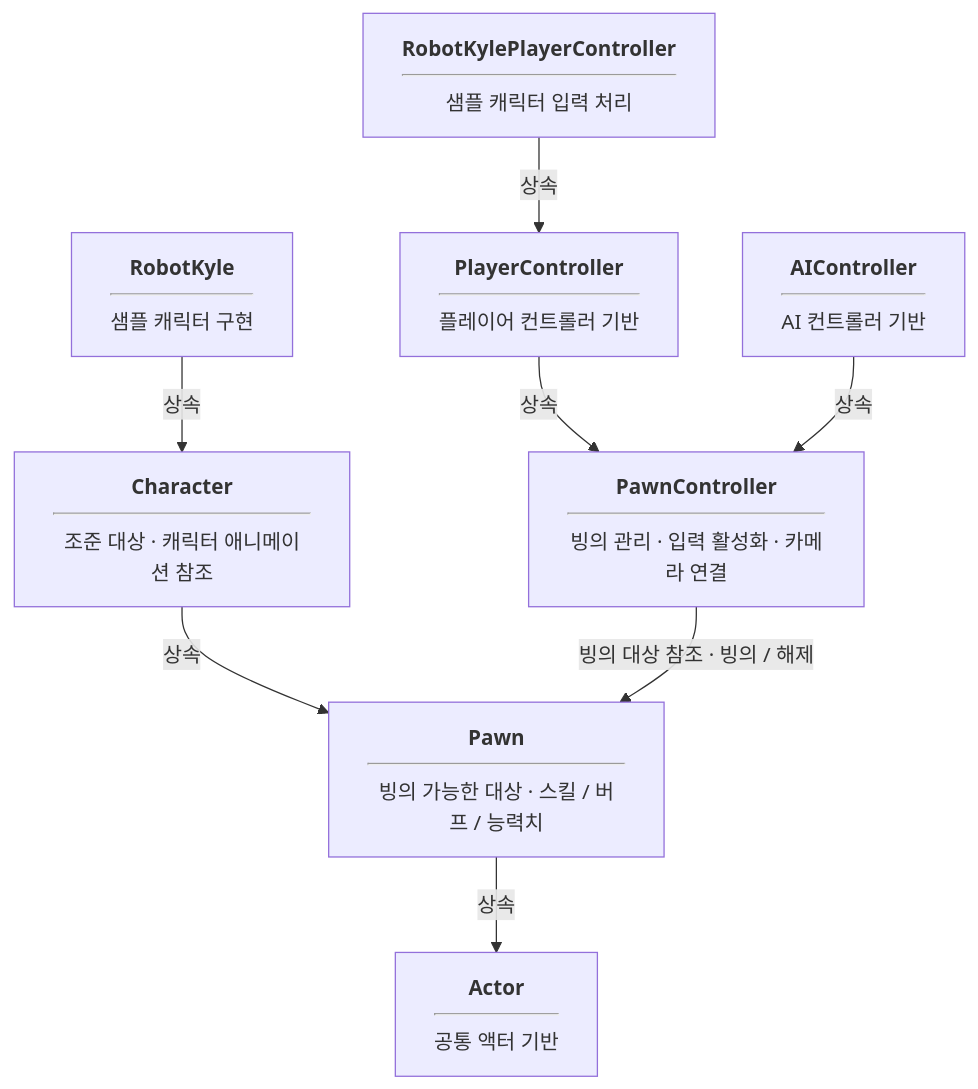
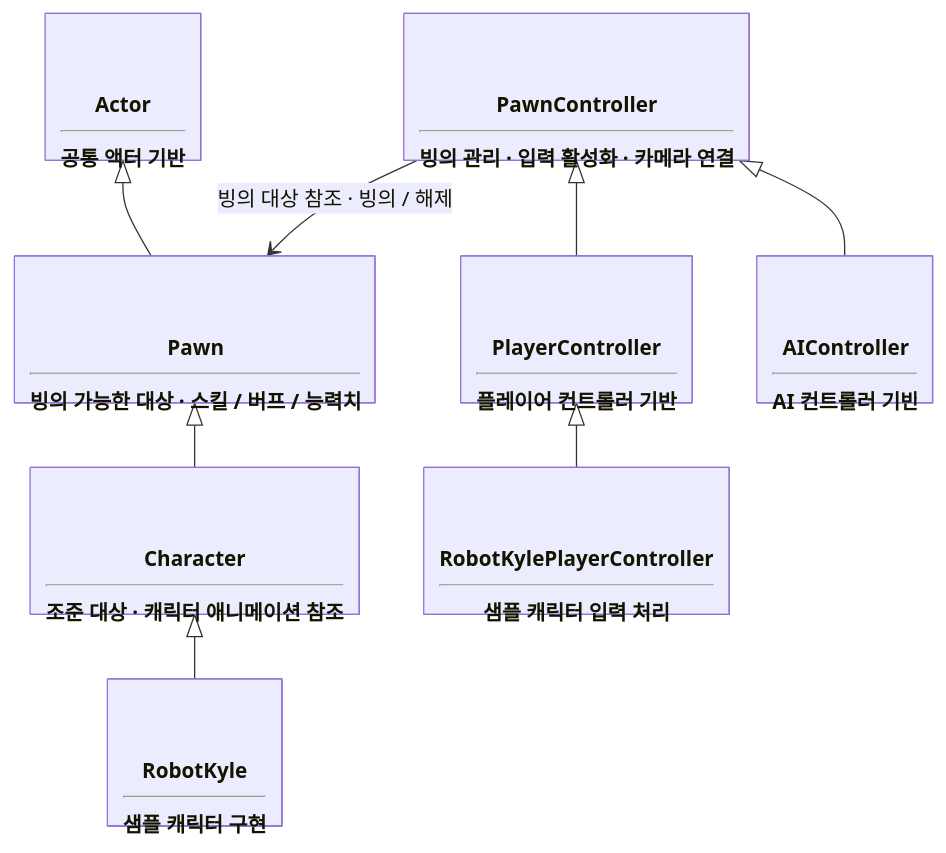
One commit to MDJ0126/FrameworkForUnity changed the diagram in README.md. Above: the diagram before and after it, drawn with Mermaid. The commit also changed other lines of this file, not shown here.

Commit message:
수정

````diff
--- a/README.md
+++ b/README.md
@@ -34,18 +34,24 @@
 ```mermaid
-flowchart TB
-    Pawn -->|상속| Actor
-    Character -->|상속| Pawn
-    RobotKyle -->|상속| Character
-    PlayerController -->|상속| PawnController
-    AIController -->|상속| PawnController
-    RobotKylePlayerController -->|상속| PlayerController
-    PawnController -->|빙의 대상 참조 · 빙의 / 해제| Pawn
-    Actor["<b>Actor</b><hr/>공통 액터 기반"]
-    Pawn["<b>Pawn</b><hr/>빙의 가능한 대상 · 스킬 / 버프 / 능력치"]
-    Character["<b>Character</b><hr/>조준 대상 · 캐릭터 애니메이션 참조"]
-    RobotKyle["<b>RobotKyle</b><hr/>샘플 캐릭터 구현"]
-    PawnController["<b>PawnController</b><hr/>빙의 관리 · 입력 활성화 · 카메라 연결"]
-    PlayerController["<b>PlayerController</b><hr/>플레이어 컨트롤러 기반"]
-    AIController["<b>AIController</b><hr/>AI 컨트롤러 기반"]
-    RobotKylePlayerController["<b>RobotKylePlayerController</b><hr/>샘플 캐릭터 입력 처리"]
+---
+config:
+  class:
+    htmlLabels: true
+    hideEmptyMembersBox: true
+---
+classDiagram
+    Actor <|-- Pawn
+    Pawn <|-- Character
+    Character <|-- RobotKyle
+    PawnController <|-- PlayerController
+    PawnController <|-- AIController
+    PlayerController <|-- RobotKylePlayerController
+    PawnController --> Pawn : 빙의 대상 참조 · 빙의 / 해제
+    class Actor["<br/><b>Actor</b><hr/><span style='font-weight:normal'>공통 액터 기반</span>"]
+    class Pawn["<br/><b>Pawn</b><hr/><span style='font-weight:normal'>빙의 가능한 대상 · 스킬 / 버프 / 능력치</span>"]
+    class Character["<br/><b>Character</b><hr/><span style='font-weight:normal'>조준 대상 · 캐릭터 애니메이션 참조</span>"]
+    class RobotKyle["<br/><b>RobotKyle</b><hr/><span style='font-weight:normal'>샘플 캐릭터 구현</span>"]
+    class PawnController["<br/><b>PawnController</b><hr/><span style='font-weight:normal'>빙의 관리 · 입력 활성화 · 카메라 연결</span>"]
+    class PlayerController["<br/><b>PlayerController</b><hr/><span style='font-weight:normal'>플레이어 컨트롤러 기반</span>"]
+    class AIController["<br/><b>AIController</b><hr/><span style='font-weight:normal'>AI 컨트롤러 기반</span>"]
+    class RobotKylePlayerController["<br/><b>RobotKylePlayerController</b><hr/><span style='font-weight:normal'>샘플 캐릭터 입력 처리</span>"]
 ```
````
